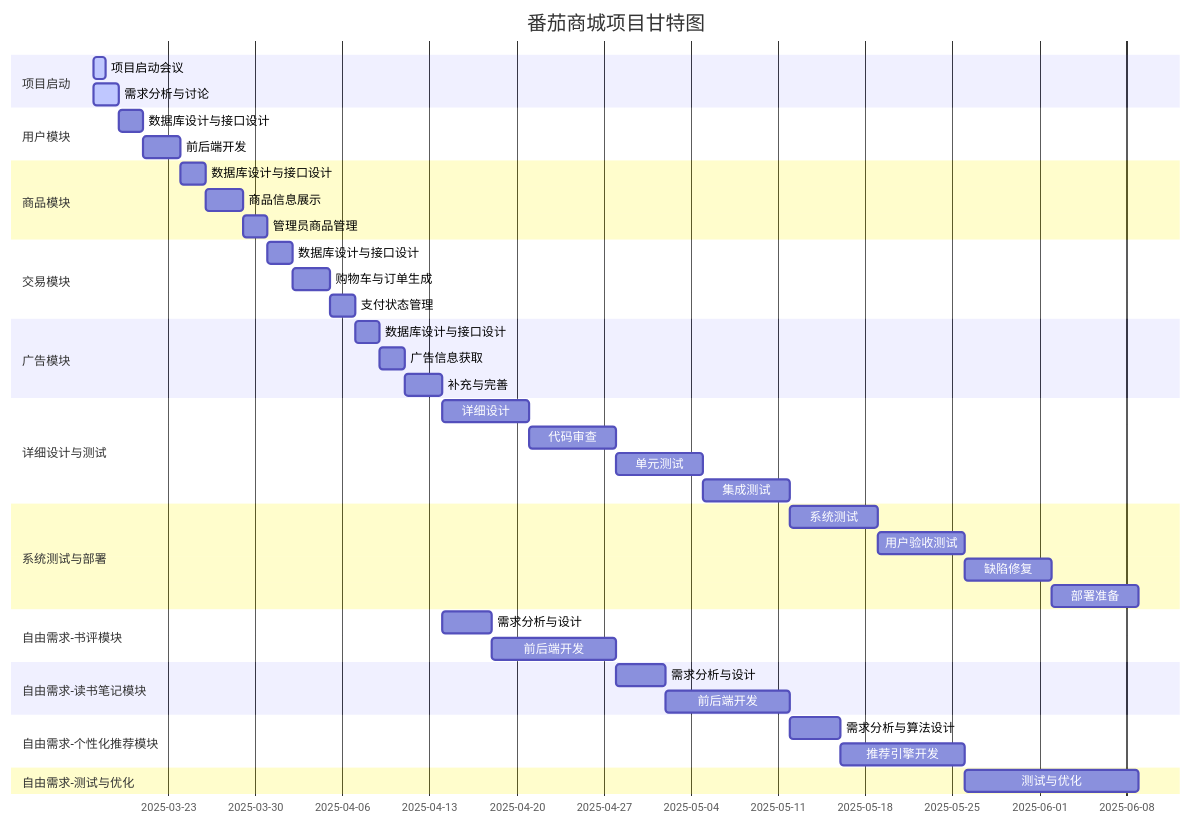
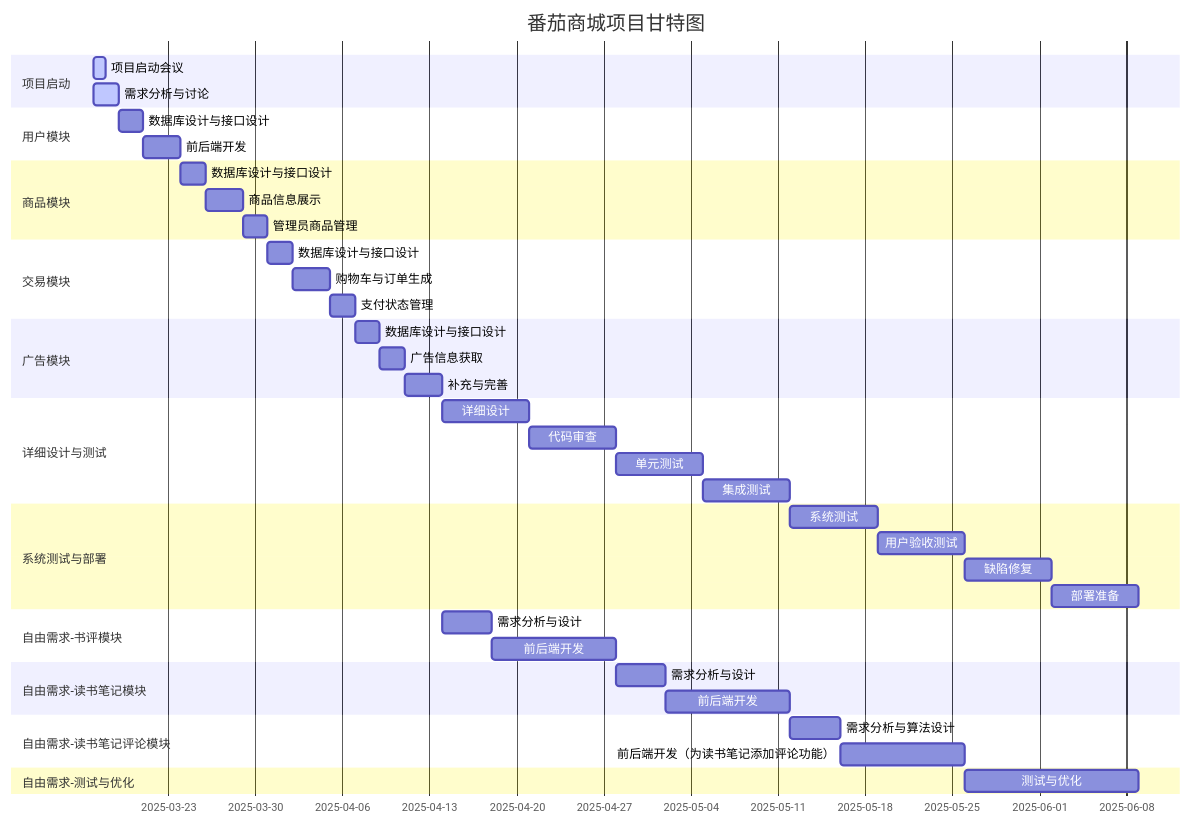
One commit to pilgrimlyieu/Tomato-Bookstore changed the diagram in docs/lab/start.md. Above: the diagram before and after it, drawn with Mermaid. The commit also changed other lines of this file and 15 other files, not shown here.

````diff
--- a/docs/lab/start.md
+++ b/docs/lab/start.md
@@ -72,44 +72,44 @@
 ```mermaid
 gantt
     title 番茄商城项目甘特图
     dateFormat  YYYY-MM-DD
     section 项目启动
     项目启动会议           :active, 2025-03-17, 1d
     需求分析与讨论         :active, 2025-03-17, 2d
     section 用户模块
     数据库设计与接口设计   :2025-03-19, 2d
     前后端开发             :2025-03-21, 3d
     section 商品模块
     数据库设计与接口设计   :2025-03-24, 2d
     商品信息展示           :2025-03-26, 3d
     管理员商品管理         :2025-03-29, 2d
     section 交易模块
     数据库设计与接口设计   :2025-03-31, 2d
     购物车与订单生成       :2025-04-02, 3d
     支付状态管理           :2025-04-05, 2d
     section 广告模块
     数据库设计与接口设计   :2025-04-07, 2d
     广告信息获取           :2025-04-09, 2d
     补充与完善             :2025-04-11, 3d
     section 详细设计与测试
     详细设计               :2025-04-14, 7d
     代码审查               :2025-04-21, 7d
     单元测试               :2025-04-28, 7d
     集成测试               :2025-05-05, 7d
     section 系统测试与部署
     系统测试               :2025-05-12, 7d
     用户验收测试           :2025-05-19, 7d
     缺陷修复               :2025-05-26, 7d
     部署准备               :2025-06-02, 7d
     section 自由需求-书评模块
     需求分析与设计         :2025-04-14, 4d
     前后端开发             :2025-04-18, 10d
     section 自由需求-读书笔记模块
     需求分析与设计         :2025-04-28, 4d
     前后端开发             :2025-05-02, 10d
-    section 自由需求-个性化推荐模块
+    section 自由需求-读书笔记评论模块
     需求分析与算法设计     :2025-05-12, 4d
-    推荐引擎开发           :2025-05-16, 10d
+    前后端开发（为读书笔记添加评论功能） :2025-05-16, 10d
     section 自由需求-测试与优化
     测试与优化             :2025-05-26, 14d
 ```
````
